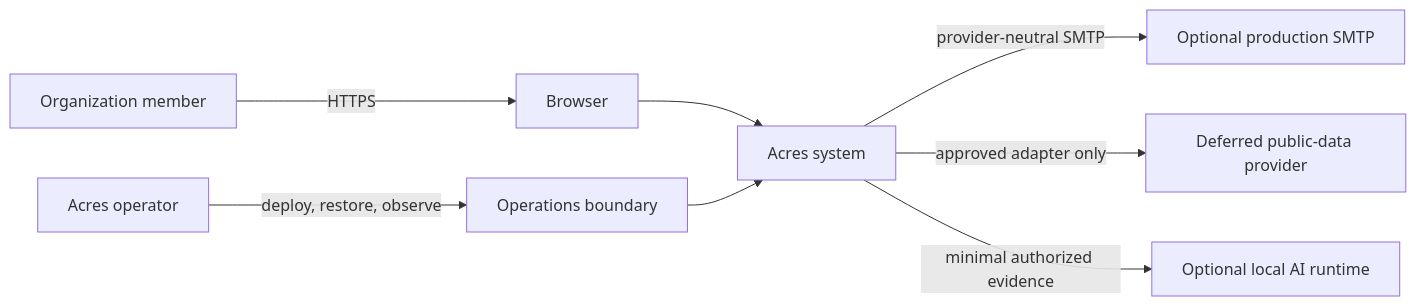
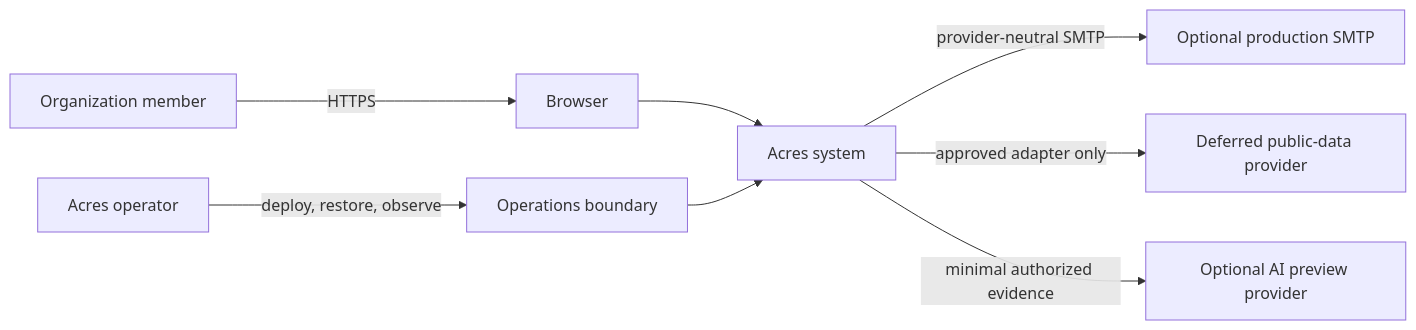
The first of 6 diagrams in docs/system-architecture.md (gerald-donkor/acres), drawn with Mermaid before and after one commit. The commit also changed other lines of this file and 12 other files, not shown here.

````diff
--- a/docs/system-architecture.md
+++ b/docs/system-architecture.md
@@ -72,10 +72,10 @@
 ```mermaid
 flowchart LR
   Member[Organization member] -->|HTTPS| Browser[Browser]
   Operator[Acres operator] -->|deploy, restore, observe| Operations[Operations boundary]
   Browser --> Acres[Acres system]
   Acres -->|provider-neutral SMTP| SMTP[Optional production SMTP]
   Acres -->|approved adapter only| DataProvider[Deferred public-data provider]
-  Acres -->|minimal authorized evidence| AI[Optional local AI runtime]
+  Acres -->|minimal authorized evidence| AI[Optional AI preview provider]
   Operations --> Acres
 ```
````
